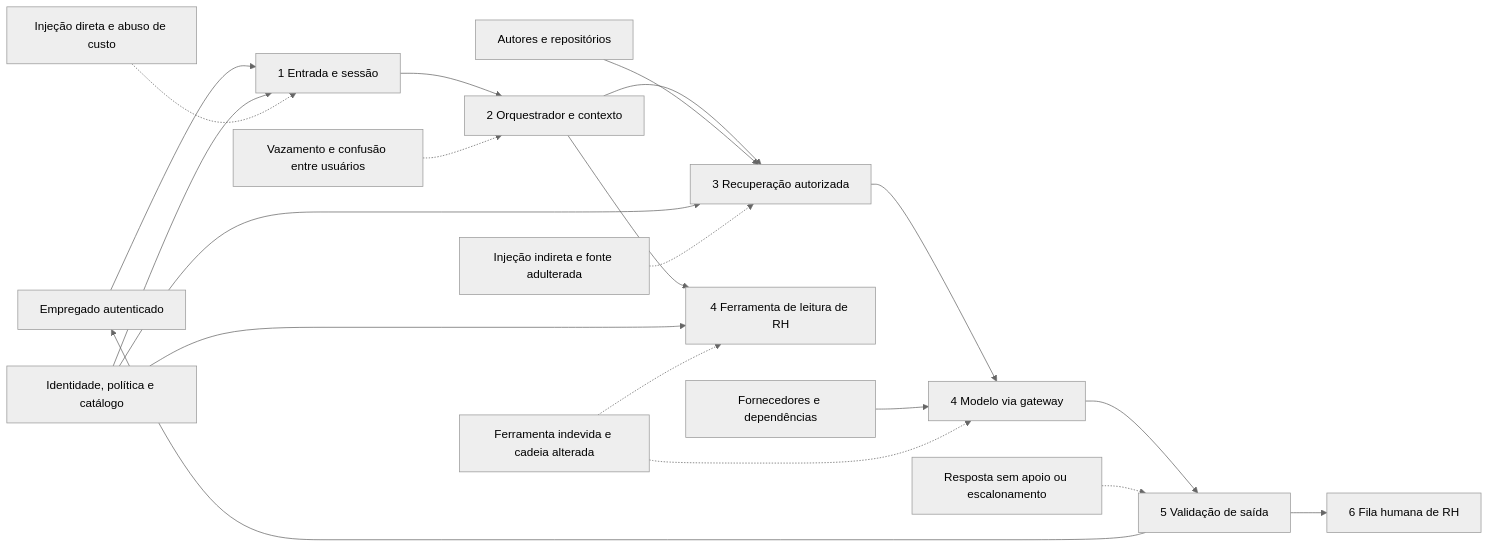
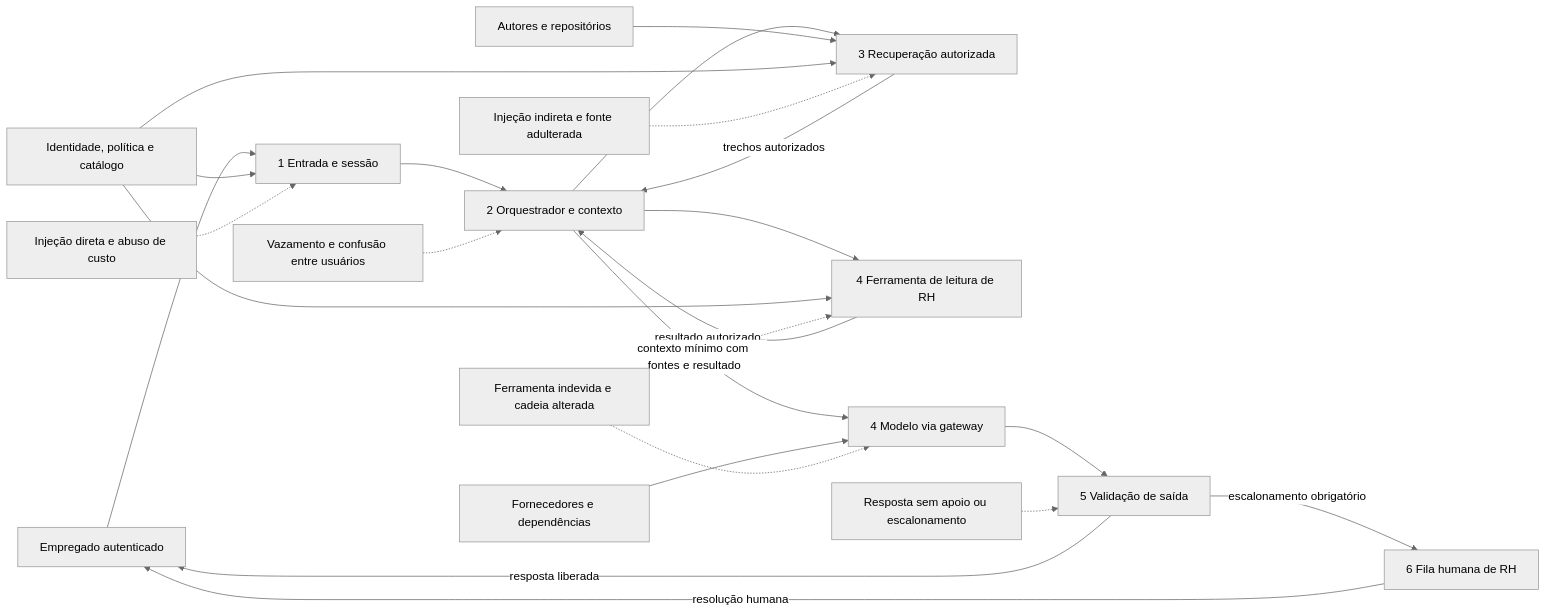
One commit to aulas-marco/arquitetura-solucoes-ia-generativa changed the first of 2 diagrams in docs/modulo-5-confianca/exemplo-arquitetural.md. Above: the diagram before and after it, drawn with Mermaid (neutral theme). The commit also changed other lines of this file and 1 other file, not shown here.

Commit message:
fix: close trust and evaluation diagram flows

````diff
--- a/docs/modulo-5-confianca/exemplo-arquitetural.md
+++ b/docs/modulo-5-confianca/exemplo-arquitetural.md
@@ -11,24 +11,27 @@
 ```mermaid
 flowchart LR
     U["Empregado autenticado"] --> I["1 Entrada e sessão"]
     I --> O["2 Orquestrador e contexto"]
     O --> R["3 Recuperação autorizada"]
-    R --> M["4 Modelo via gateway"]
+    R -->|"trechos autorizados"| O
+    O --> T["4 Ferramenta de leitura de RH"]
+    T -->|"resultado autorizado"| O
+    O -->|"contexto mínimo com fontes e resultado"| M["4 Modelo via gateway"]
     M --> V["5 Validação de saída"]
-    V --> U
-    O --> T["4 Ferramenta de leitura de RH"]
-    V --> H["6 Fila humana de RH"]
+    V -->|"resposta liberada"| U
+    V -->|"escalonamento obrigatório"| H["6 Fila humana de RH"]
+    H -->|"resolução humana"| U
 
     D["Autores e repositórios"] --> R
     P["Identidade, política e catálogo"] --> I
     P --> R
     P --> T
     S["Fornecedores e dependências"] --> M
 
     A1["Injeção direta e abuso de custo"] -.-> I
     A2["Injeção indireta e fonte adulterada"] -.-> R
     A3["Vazamento e confusão entre usuários"] -.-> O
     A4["Ferramenta indevida e cadeia alterada"] -.-> T
     A4 -.-> M
     A5["Resposta sem apoio ou escalonamento"] -.-> V
 ```
````
